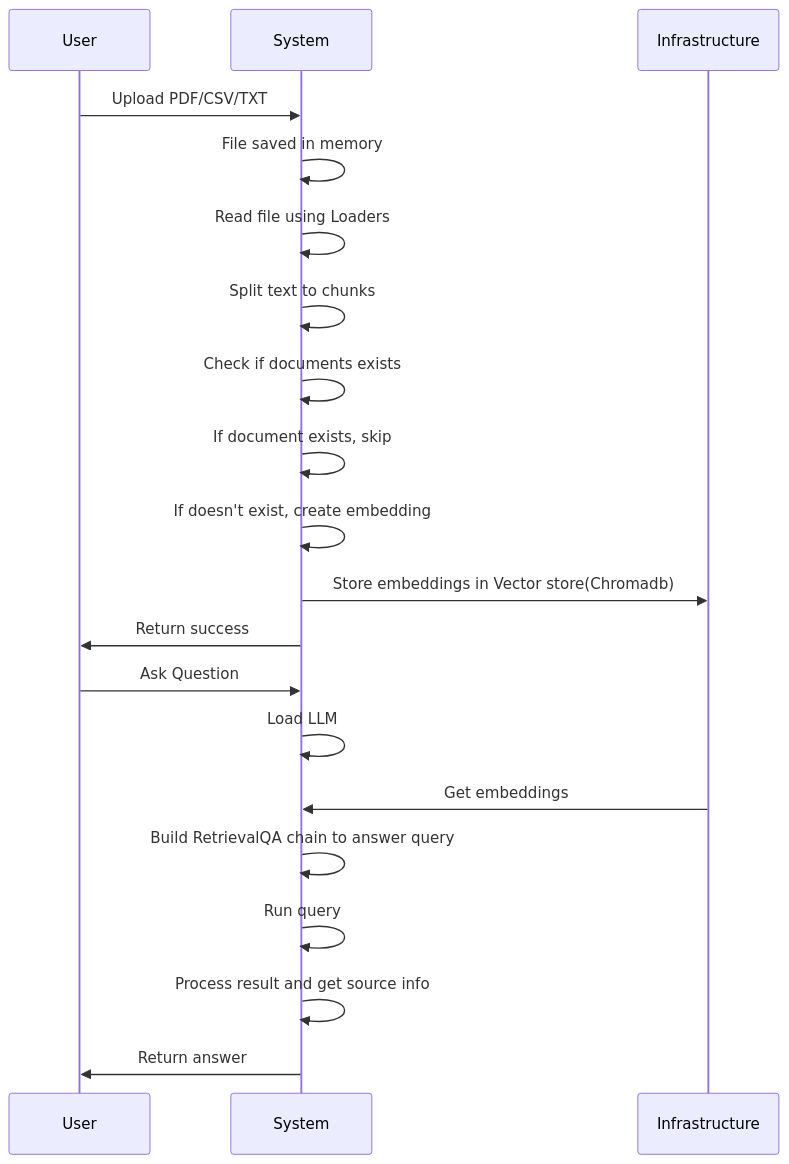
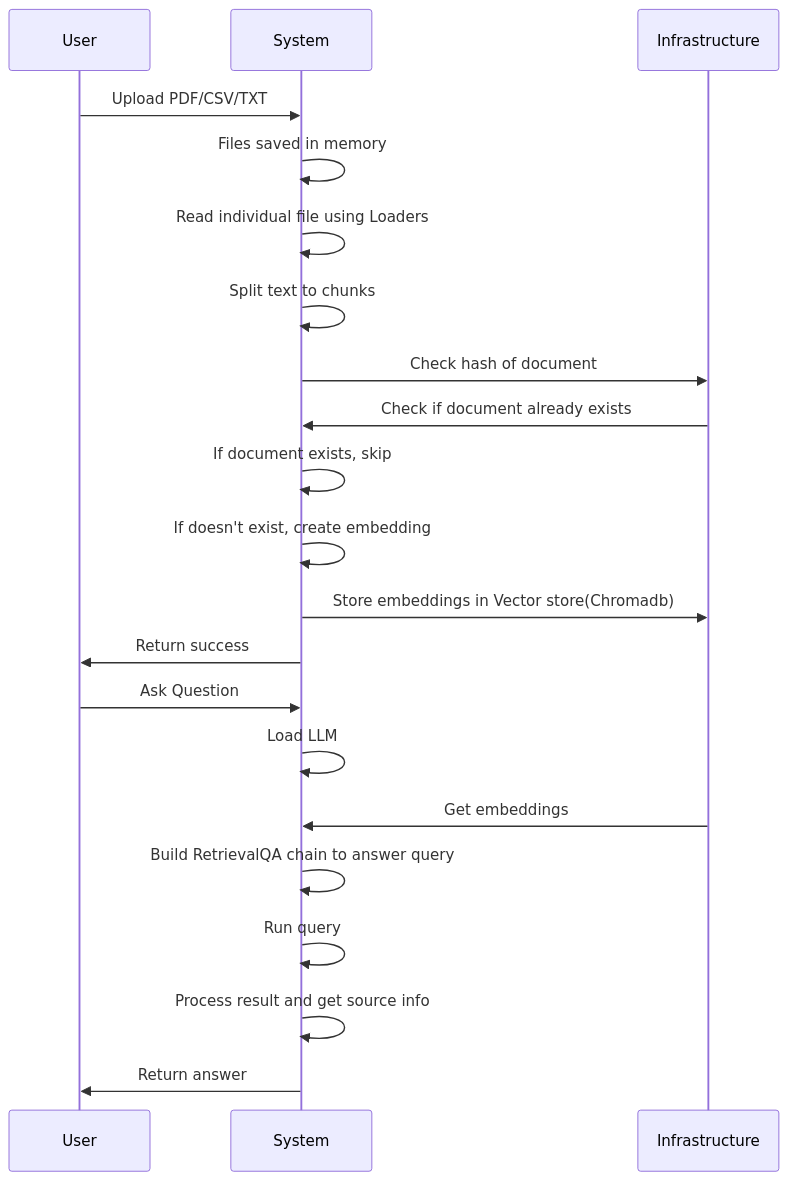
One commit to harshit105/aiqna changed the diagram in README.md. Above: the diagram before and after it, drawn with Mermaid.

````diff
--- a/README.md
+++ b/README.md
@@ -5,25 +5,26 @@
 ```mermaid
 sequenceDiagram
     participant User
     participant System
     participant Infrastructure
 
     User->>System: Upload PDF/CSV/TXT
 
-    System->>System: File saved in memory
-    System->>System: Read file using Loaders
+    System->>System: Files saved in memory
+    System->>System: Read individual file using Loaders
     System->>System: Split text to chunks
-    System->>System: Check if documents exists
+    System->>Infrastructure: Check hash of document
+    Infrastructure->>System: Check if document already exists
     System->>System: If document exists, skip
     System->>System: If doesn't exist, create embedding
     System->>Infrastructure: Store embeddings in Vector store(Chromadb)
     System->>User: Return success
 
     User->>System: Ask Question
     System->>System: Load LLM
     Infrastructure->>System: Get embeddings
     System->>System: Build RetrievalQA chain to answer query
     System->>System: Run query
     System->>System: Process result and get source info
     System->>User: Return answer
 ```
````
